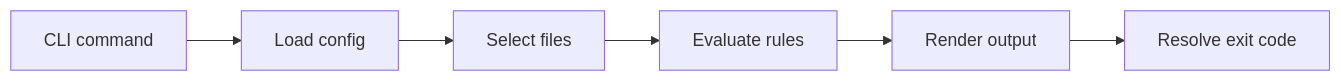
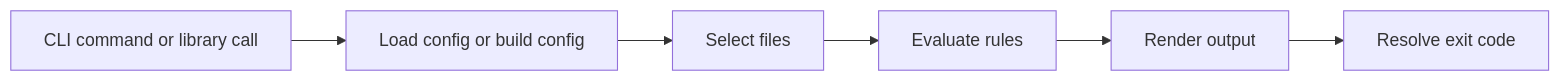
One commit to CunningFatalist/promptinel changed the diagram in docs/Onboarding.md. Above: the diagram before and after it, drawn with Mermaid. The commit also changed other lines of this file and 10 other files, not shown here.

````diff
--- a/docs/Onboarding.md
+++ b/docs/Onboarding.md
@@ -24,8 +25,8 @@
 ```mermaid
 flowchart LR
-    A["CLI command"] --> B["Load config"]
+    A["CLI command or library call"] --> B["Load config or build config"]
     B --> C["Select files"]
     C --> D["Evaluate rules"]
     D --> E["Render output"]
     E --> F["Resolve exit code"]
 ```
````
